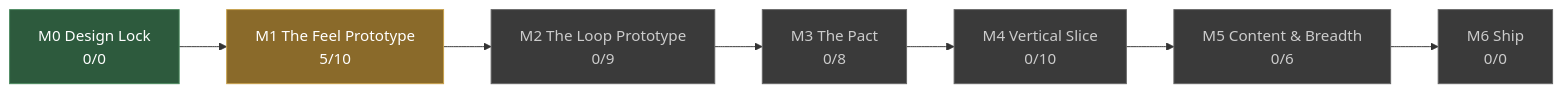
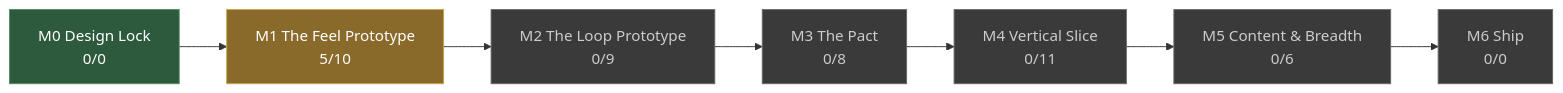
One commit to JoshuaGessner/she changed the diagram in docs/STATUS.md. Above: the diagram before and after it, drawn with Mermaid. The commit also changed other lines of this file and 10 other files, not shown here.

````diff
--- a/docs/STATUS.md
+++ b/docs/STATUS.md
@@ -13,19 +13,19 @@
 ```mermaid
 flowchart LR
   M0["M0 Design Lock<br/>0/0"]:::passed
   M1["M1 The Feel Prototype<br/>5/10"]:::current
   M0 --> M1
   M2["M2 The Loop Prototype<br/>0/9"]:::ahead
   M1 --> M2
   M3["M3 The Pact<br/>0/8"]:::ahead
   M2 --> M3
-  M4["M4 Vertical Slice<br/>0/10"]:::ahead
+  M4["M4 Vertical Slice<br/>0/11"]:::ahead
   M3 --> M4
   M5["M5 Content & Breadth<br/>0/6"]:::ahead
   M4 --> M5
   M6["M6 Ship<br/>0/0"]:::ahead
   M5 --> M6
   classDef passed fill:#2d5a3d,stroke:#4a8a5f,color:#fff
   classDef current fill:#8a6a2a,stroke:#c8a04a,color:#fff
   classDef ahead fill:#3a3a3a,stroke:#666,color:#ccc
 ```
````
